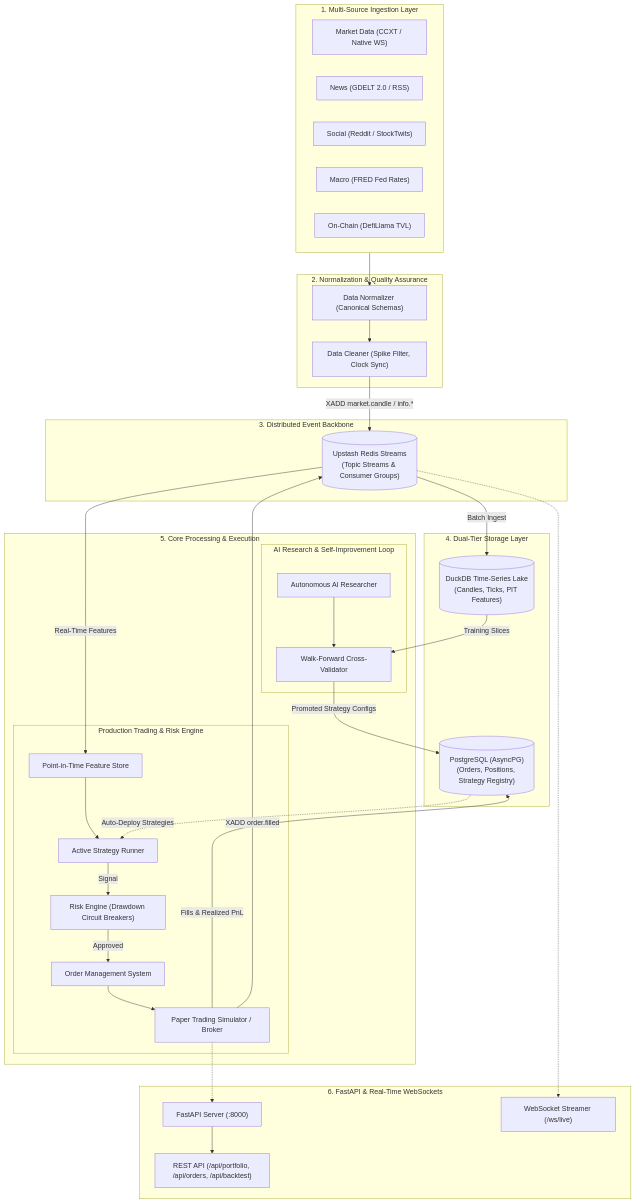
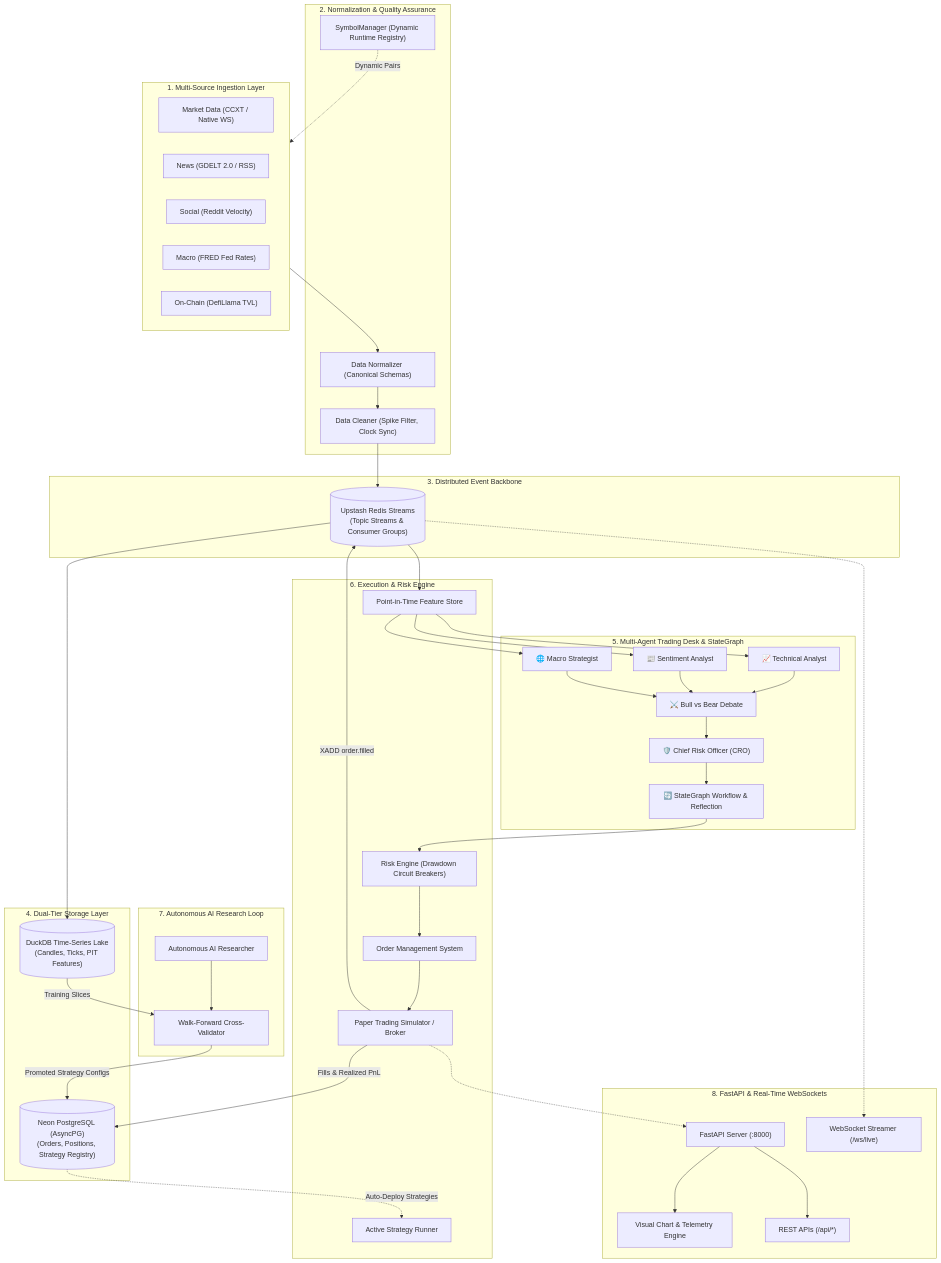
The diagram in README.md (rabindra-basnet/autonomous-trading-agent), drawn with Mermaid before and after one commit. The commit also changed other lines of this file, not shown here.

Commit message:
docs: update system architecture, multi-agent desk, and API reference

````diff
--- a/README.md
+++ b/README.md
@@ -9,62 +9,74 @@
 ```mermaid
 flowchart TD
     subgraph Ingestion["1. Multi-Source Ingestion Layer"]
         direction LR
         Market["Market Data (CCXT / Native WS)"]
         News["News (GDELT 2.0 / RSS)"]
-        Social["Social (Reddit / StockTwits)"]
+        Social["Social (Reddit Velocity)"]
         Macro["Macro (FRED Fed Rates)"]
         OnChain["On-Chain (DefiLlama TVL)"]
     end
 
     subgraph DataHygiene["2. Normalization & Quality Assurance"]
         Normalizer["Data Normalizer (Canonical Schemas)"]
         Cleaner["Data Cleaner (Spike Filter, Clock Sync)"]
+        SymbolMgr["SymbolManager (Dynamic Runtime Registry)"]
     end
 
     subgraph EventStream["3. Distributed Event Backbone"]
         RedisStreams[("Upstash Redis Streams\n(Topic Streams & Consumer Groups)")]
     end
 
     subgraph StorageTier["4. Dual-Tier Storage Layer"]
         DuckDB[("DuckDB Time-Series Lake\n(Candles, Ticks, PIT Features)")]
-        Postgres[("PostgreSQL (AsyncPG)\n(Orders, Positions, Strategy Registry)")]
+        Postgres[("Neon PostgreSQL (AsyncPG)\n(Orders, Positions, Strategy Registry)")]
     end
 
-    subgraph CoreEngines["5. Core Processing & Execution"]
-        subgraph TradingEngine["Production Trading & Risk Engine"]
-            PIT_FS["Point-in-Time Feature Store"]
-            StratRunner["Active Strategy Runner"]
-            RiskGuard["Risk Engine (Drawdown Circuit Breakers)"]
-            OMS["Order Management System"]
-            Paper["Paper Trading Simulator / Broker"]
-        end
-
-        subgraph ResearchEngine["AI Research & Self-Improvement Loop"]
-            Researcher["Autonomous AI Researcher"]
-            Optimizer["Walk-Forward Cross-Validator"]
-        end
+    subgraph MultiAgentEngine["5. Multi-Agent Trading Desk & StateGraph"]
+        TechAnalyst["📈 Technical Analyst"]
+        SentAnalyst["📰 Sentiment Analyst"]
+        MacroAnalyst["🌐 Macro Strategist"]
+        Debate["⚔️ Bull vs Bear Debate"]
+        CRO["🛡️ Chief Risk Officer (CRO)"]
+        StateGraph["🔄 StateGraph Workflow & Reflection"]
     end
 
-    subgraph APITier["6. FastAPI & Real-Time WebSockets"]
+    subgraph CoreEngines["6. Execution & Risk Engine"]
+        PIT_FS["Point-in-Time Feature Store"]
+        StratRunner["Active Strategy Runner"]
+        RiskGuard["Risk Engine (Drawdown Circuit Breakers)"]
+        OMS["Order Management System"]
+        Paper["Paper Trading Simulator / Broker"]
+    end
+
+    subgraph ResearchEngine["7. Autonomous AI Research Loop"]
+        Researcher["Autonomous AI Researcher"]
+        Optimizer["Walk-Forward Cross-Validator"]
+    end
+
+    subgraph APITier["8. FastAPI & Real-Time WebSockets"]
         FastAPIServer["FastAPI Server (:8000)"]
         WS["WebSocket Streamer (/ws/live)"]
-        REST["REST API (/api/portfolio, /api/orders, /api/backtest)"]
+        Charts["Visual Chart & Telemetry Engine"]
+        REST["REST APIs (/api/*)"]
     end
 
-    Ingestion --> Normalizer --> Cleaner -->|"XADD market.candle / info.*"| RedisStreams
-    RedisStreams -->|"Batch Ingest"| DuckDB
-    RedisStreams -->|"Real-Time Features"| PIT_FS
-
-    PIT_FS --> StratRunner -->|"Signal"| RiskGuard -->|"Approved"| OMS --> Paper
+    Ingestion --> Normalizer --> Cleaner --> RedisStreams
+    SymbolMgr -.->|"Dynamic Pairs"| Ingestion
+    RedisStreams --> DuckDB
+    RedisStreams --> PIT_FS
+    PIT_FS --> TechAnalyst & SentAnalyst & MacroAnalyst
+    TechAnalyst & SentAnalyst & MacroAnalyst --> Debate --> CRO --> StateGraph
+    StateGraph --> RiskGuard --> OMS --> Paper
     Paper -->|"Fills & Realized PnL"| Postgres
     Paper -->|"XADD order.filled"| RedisStreams
 
     DuckDB -->|"Training Slices"| Optimizer
     Researcher --> Optimizer -->|"Promoted Strategy Configs"| Postgres
     Postgres -.->|"Auto-Deploy Strategies"| StratRunner
 
     Paper -.-> FastAPIServer
     RedisStreams -.-> WS
     FastAPIServer --> REST
+    FastAPIServer --> Charts
 ```
````
